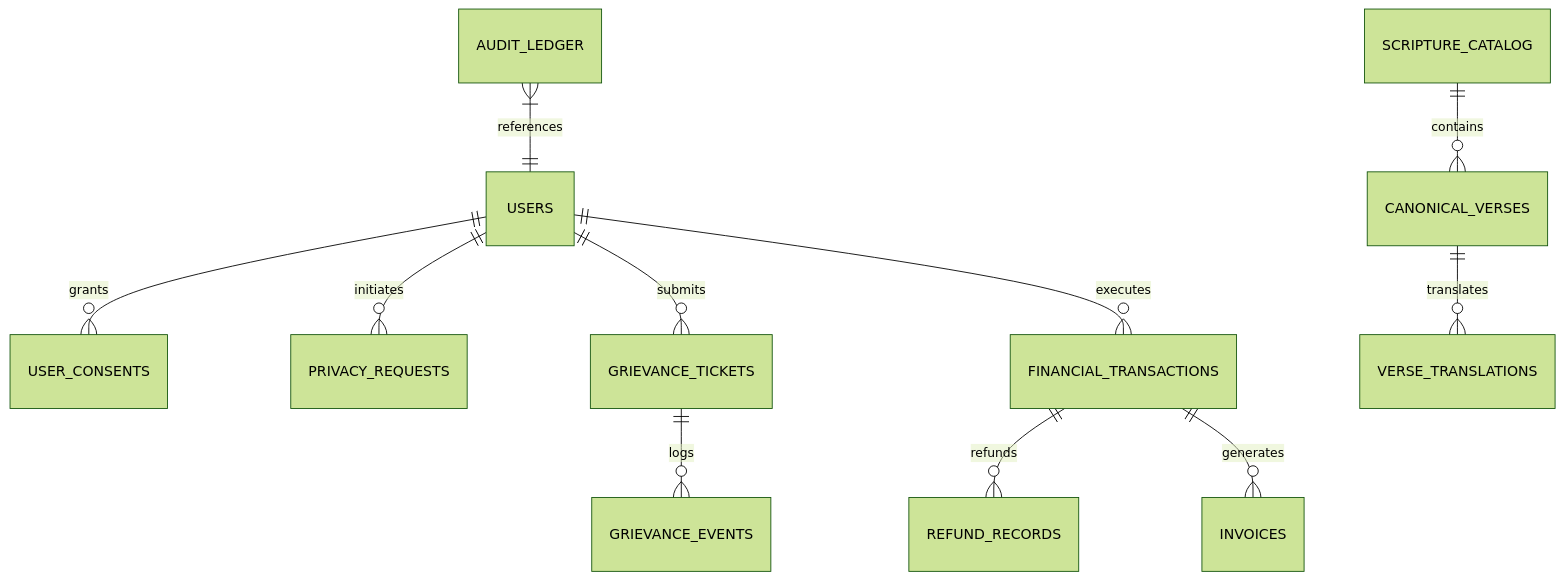
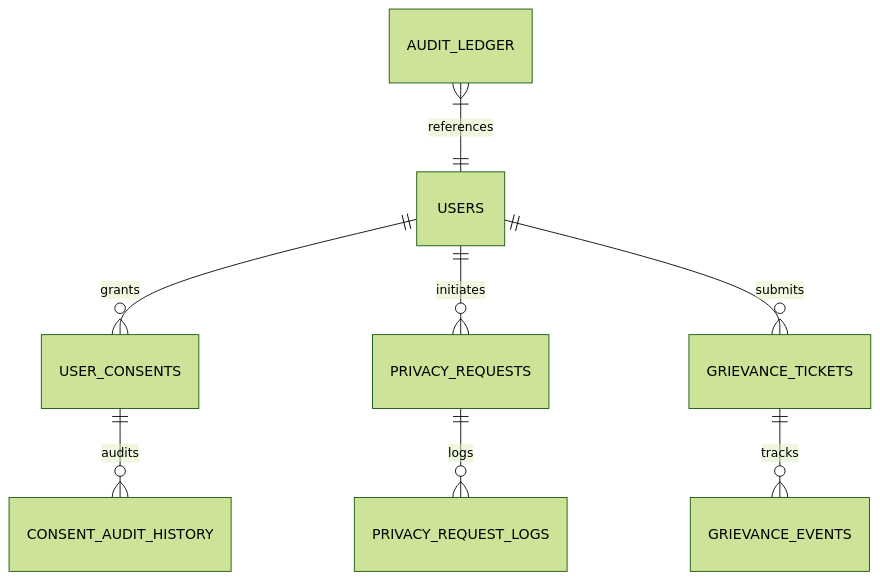
One commit to Sunder-Chauhan/Ishti-OS changed the diagram in docs/M06_DATABASE_AND_MIGRATION_PLAN.md. Above: the diagram before and after it, drawn with Mermaid (forest theme). The commit also changed other lines of this file and 9 other files, not shown here.

Commit message:
docs(m06): revise architecture planning deliverables and author pre-implementation decision register

````diff
--- a/docs/M06_DATABASE_AND_MIGRATION_PLAN.md
+++ b/docs/M06_DATABASE_AND_MIGRATION_PLAN.md
@@ -28,13 +40,10 @@
 ```mermaid
 erDiagram
     USERS ||--o{ USER_CONSENTS : grants
+    USER_CONSENTS ||--o{ CONSENT_AUDIT_HISTORY : audits
     USERS ||--o{ PRIVACY_REQUESTS : initiates
+    PRIVACY_REQUESTS ||--o{ PRIVACY_REQUEST_LOGS : logs
     USERS ||--o{ GRIEVANCE_TICKETS : submits
-    USERS ||--o{ FINANCIAL_TRANSACTIONS : executes
-    GRIEVANCE_TICKETS ||--o{ GRIEVANCE_EVENTS : logs
-    FINANCIAL_TRANSACTIONS ||--o{ REFUND_RECORDS : refunds
-    FINANCIAL_TRANSACTIONS ||--o{ INVOICES : generates
+    GRIEVANCE_TICKETS ||--o{ GRIEVANCE_EVENTS : tracks
     AUDIT_LEDGER }|--|| USERS : references
-    SCRIPTURE_CATALOG ||--o{ CANONICAL_VERSES : contains
-    CANONICAL_VERSES ||--o{ VERSE_TRANSLATIONS : translates
 ```
````
